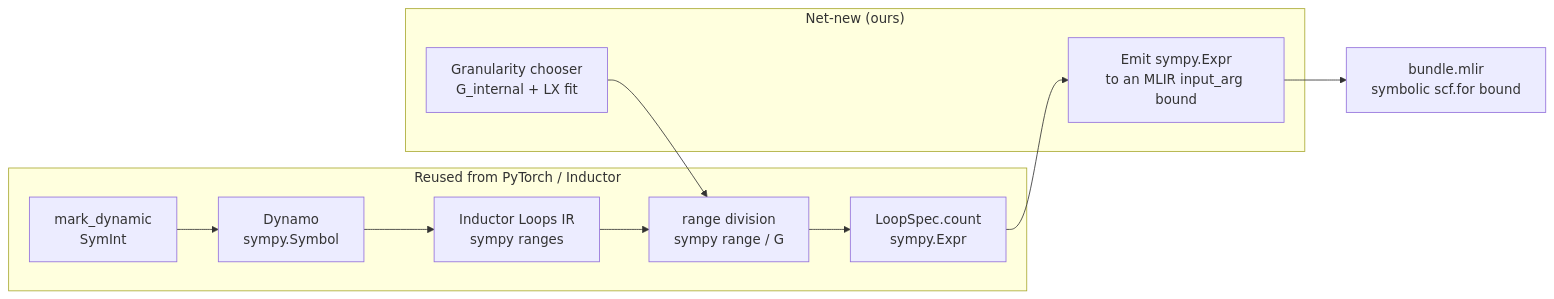
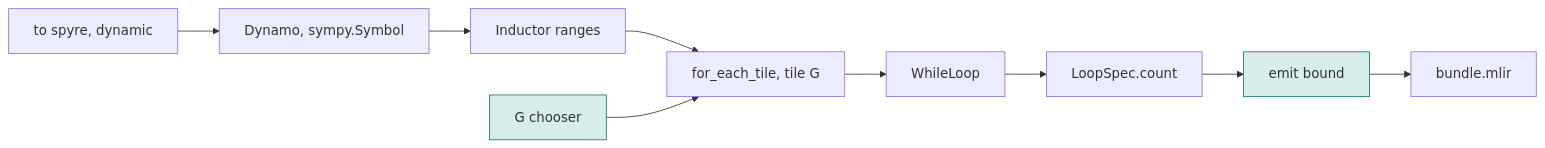
One commit to Vivek1258/torch-spyre changed the second of 8 diagrams in docs/source/architecture/Symbolic_Shapes_HLD.md. Above: the diagram before and after it, drawn with Mermaid. The commit also changed other lines of this file, not shown here.

````diff
--- a/docs/source/architecture/Symbolic_Shapes_HLD.md
+++ b/docs/source/architecture/Symbolic_Shapes_HLD.md
@@ -51,15 +120,13 @@
 ```mermaid
 flowchart LR
-  subgraph reused["Reused from PyTorch / Inductor"]
-    md["mark_dynamic<br/>SymInt"] --> dz["Dynamo<br/>sympy.Symbol"]
-    dz --> ir["Inductor Loops IR<br/>sympy ranges"]
-    ir --> dv["range division<br/>sympy range / G"]
-    dv --> lc["LoopSpec.count<br/>sympy.Expr"]
-  end
-  subgraph ours["Net-new (ours)"]
-    gc["Granularity chooser<br/>G_internal + LX fit"]
-    em["Emit sympy.Expr<br/>to an MLIR input_arg bound"]
-  end
-  gc --> dv
-  lc --> em --> bd["bundle.mlir<br/>symbolic scf.for bound"]
+  md["to spyre, dynamic"] --> dz["Dynamo, sympy.Symbol"]
+  dz --> ir["Inductor ranges"]
+  ir --> fet["for_each_tile, tile G"]
+  fet --> wl["WhileLoop"]
+  wl --> lc["LoopSpec.count"]
+  lc --> em["emit bound"]
+  em --> bd["bundle.mlir"]
+  gc["G chooser"] --> fet
+  classDef us fill:#d7ede9,stroke:#0f766e;
+  class gc,em us
 ```
````
